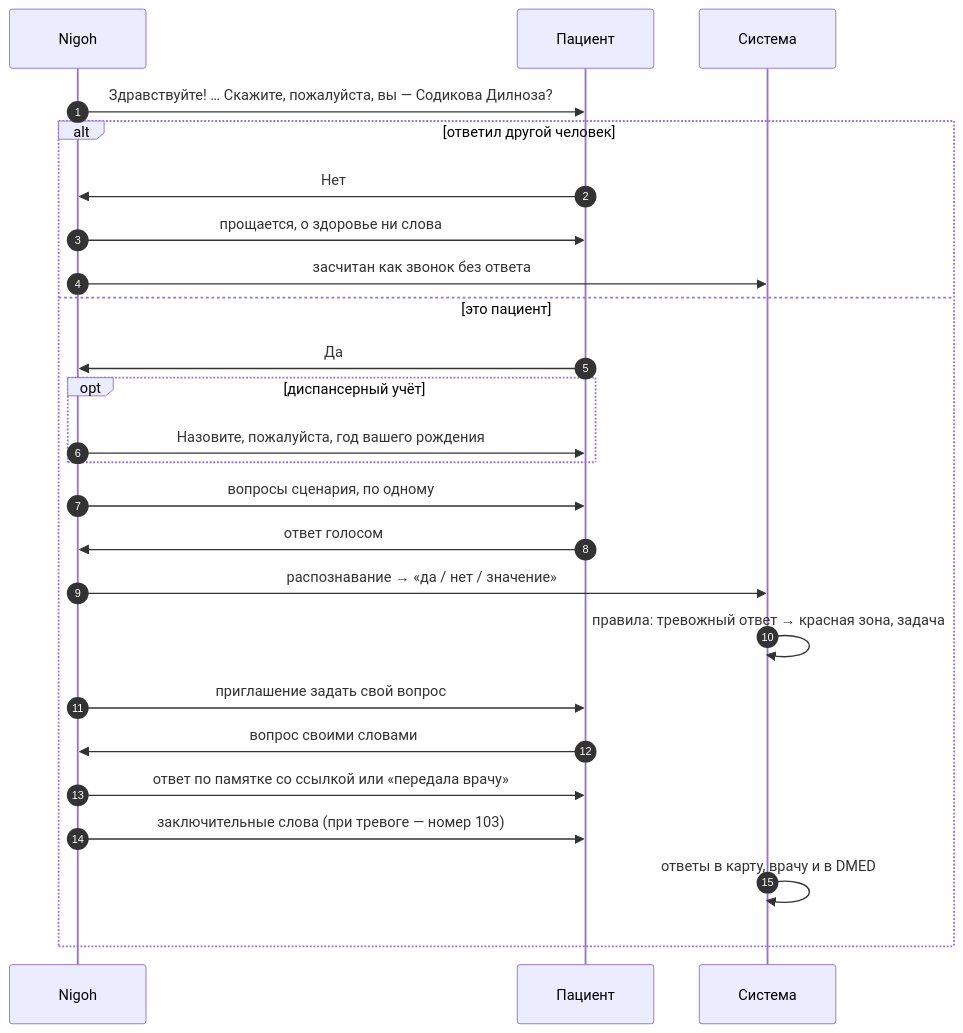
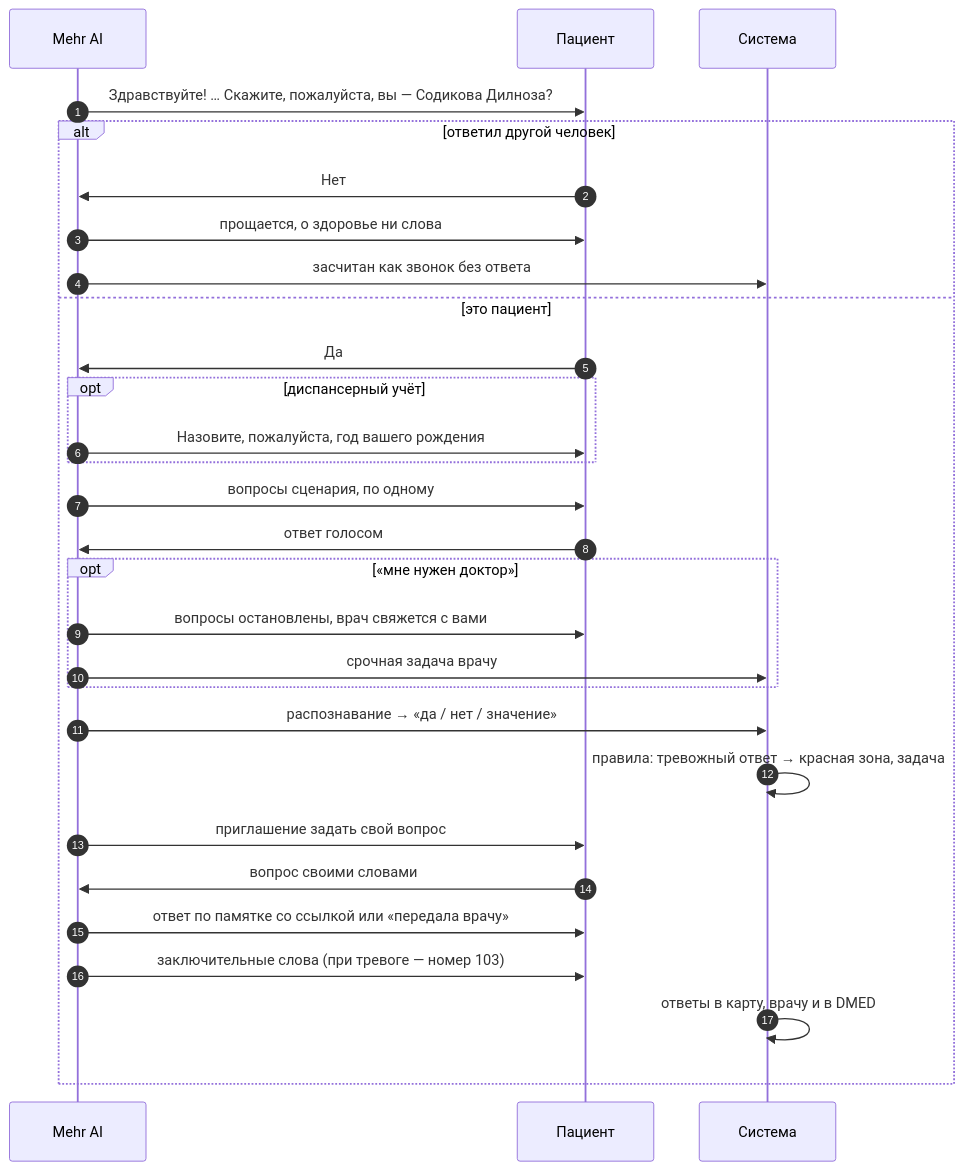
One commit to emilkadelaetsuuur/mehr-ai changed the diagram in docs/calls.md. Above: the diagram before and after it, drawn with Mermaid. The commit also changed other lines of this file and 18 other files, not shown here.

````diff
--- a/docs/calls.md
+++ b/docs/calls.md
@@ -7,27 +7,31 @@
 ```mermaid
 sequenceDiagram
   autonumber
-  participant AI as Nigoh
+  participant AI as Mehr AI
   participant P as Пациент
   participant S as Система
   AI->>P: Здравствуйте! … Скажите, пожалуйста, вы — Содикова Дилноза?
   alt ответил другой человек
     P->>AI: Нет
     AI->>P: прощается, о здоровье ни слова
     AI->>S: засчитан как звонок без ответа
   else это пациент
     P->>AI: Да
     opt диспансерный учёт
       AI->>P: Назовите, пожалуйста, год вашего рождения
     end
     AI->>P: вопросы сценария, по одному
     P->>AI: ответ голосом
+    opt «мне нужен доктор»
+      AI->>P: вопросы остановлены, врач свяжется с вами
+      AI->>S: срочная задача врачу
+    end
     AI->>S: распознавание → «да / нет / значение»
     S->>S: правила: тревожный ответ → красная зона, задача
     AI->>P: приглашение задать свой вопрос
     P->>AI: вопрос своими словами
     AI->>P: ответ по памятке со ссылкой или «передала врачу»
     AI->>P: заключительные слова (при тревоге — номер 103)
     S->>S: ответы в карту, врачу и в DMED
   end
 ```
````
